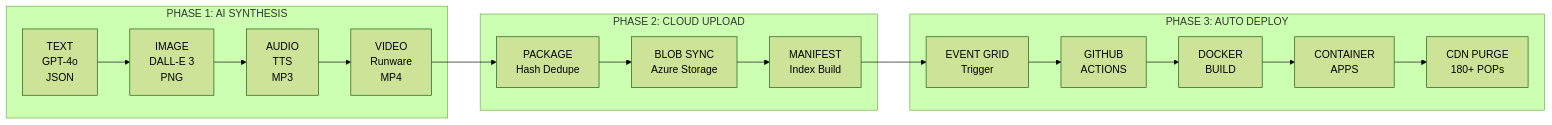
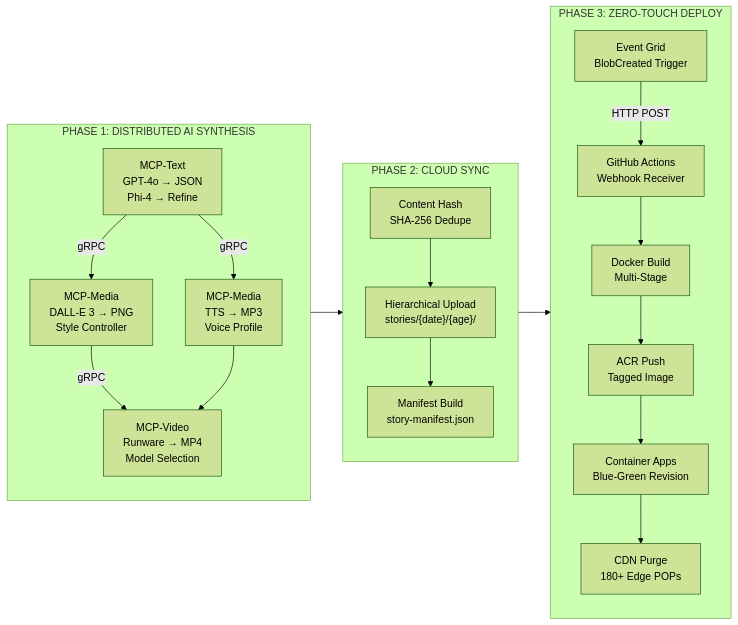
The third of 4 diagrams in README.md (easwarsimbu/KidsStories-Documentation), drawn with Mermaid (forest theme) before and after one commit. The commit also changed other lines of this file and 1 other file, not shown here.

Commit message:
Upgrade to distributed MCP server architecture documentation

````diff
--- a/README.md
+++ b/README.md
@@ -127,35 +242,43 @@
 ```mermaid
 graph LR
-    subgraph SYNTH["PHASE 1: AI SYNTHESIS"]
-        TEXT["TEXT<br/>GPT-4o<br/>JSON"]
-        IMAGE["IMAGE<br/>DALL-E 3<br/>PNG"]
-        AUDIO["AUDIO<br/>TTS<br/>MP3"]
-        VIDEO["VIDEO<br/>Runware<br/>MP4"]
+    subgraph SYNTH["PHASE 1: DISTRIBUTED AI SYNTHESIS"]
+        direction TB
+        TXT["MCP-Text<br/>GPT-4o → JSON<br/>Phi-4 → Refine"]
+        IMG["MCP-Media<br/>DALL-E 3 → PNG<br/>Style Controller"]
+        AUD["MCP-Media<br/>TTS → MP3<br/>Voice Profile"]
+        VID["MCP-Video<br/>Runware → MP4<br/>Model Selection"]
     end
     
-    subgraph UPLOAD["PHASE 2: CLOUD UPLOAD"]
-        PKG["PACKAGE<br/>Hash Dedupe"]
-        BLOB["BLOB SYNC<br/>Azure Storage"]
-        MANIFEST["MANIFEST<br/>Index Build"]
+    subgraph UPLOAD["PHASE 2: CLOUD SYNC"]
+        direction TB
+        HASH["Content Hash<br/>SHA-256 Dedupe"]
+        HIER["Hierarchical Upload<br/>stories/{date}/{age}/"]
+        META["Manifest Build<br/>story-manifest.json"]
     end
     
-    subgraph DEPLOY["PHASE 3: AUTO DEPLOY"]
-        EVT["EVENT GRID<br/>Trigger"]
-        GH["GITHUB<br/>ACTIONS"]
-        DOCKER["DOCKER<br/>BUILD"]
-        CONT["CONTAINER<br/>APPS"]
-        CDN["CDN PURGE<br/>180+ POPs"]
+    subgraph DEPLOY["PHASE 3: ZERO-TOUCH DEPLOY"]
+        direction TB
+        EVT["Event Grid<br/>BlobCreated Trigger"]
+        GH["GitHub Actions<br/>Webhook Receiver"]
+        DOCK["Docker Build<br/>Multi-Stage"]
+        ACR["ACR Push<br/>Tagged Image"]
+        CONT["Container Apps<br/>Blue-Green Revision"]
+        CDN["CDN Purge<br/>180+ Edge POPs"]
     end
     
-    TEXT --> IMAGE
-    IMAGE --> AUDIO
-    AUDIO --> VIDEO
-    VIDEO --> PKG
-    PKG --> BLOB
-    BLOB --> MANIFEST
-    MANIFEST --> EVT
-    EVT --> GH
-    GH --> DOCKER
-    DOCKER --> CONT
+    TXT -->|gRPC| IMG
+    TXT -->|gRPC| AUD
+    IMG -->|gRPC| VID
+    AUD --> VID
+    
+    VID --> HASH
+    HASH --> HIER
+    HIER --> META
+    
+    META --> EVT
+    EVT -->|HTTP POST| GH
+    GH --> DOCK
+    DOCK --> ACR
+    ACR --> CONT
     CONT --> CDN
 ```
````
